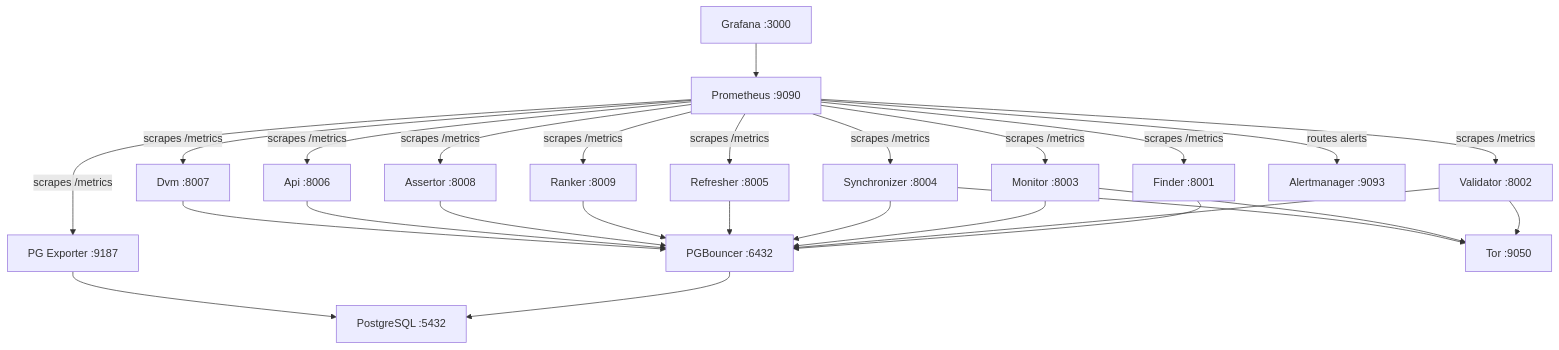
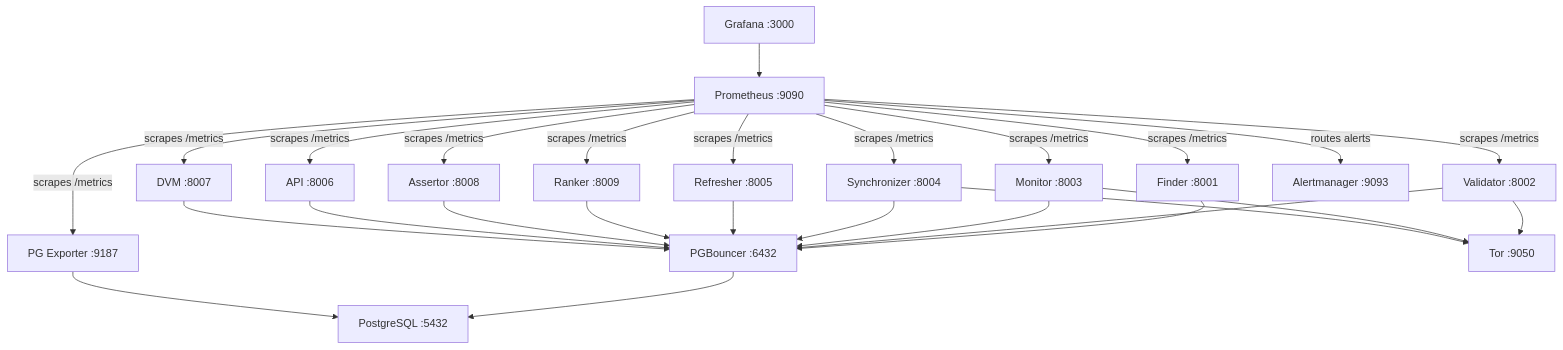
Before and after one commit to BigBrotr/bigbrotr: the diagram in docs/how-to/docker-deploy.md, drawn with Mermaid. The commit also changed other lines of this file and 10 other files, not shown here.

First line of the commit message:
fix: align API and DVM public naming

````diff
--- a/docs/how-to/docker-deploy.md
+++ b/docs/how-to/docker-deploy.md
@@ -92,29 +92,29 @@
 ```mermaid
 graph TD
     Grafana["Grafana :3000"] --> Prometheus["Prometheus :9090"]
     Prometheus -->|scrapes /metrics| Finder["Finder :8001"]
     Prometheus -->|scrapes /metrics| Validator["Validator :8002"]
     Prometheus -->|scrapes /metrics| Monitor["Monitor :8003"]
     Prometheus -->|scrapes /metrics| Synchronizer["Synchronizer :8004"]
     Prometheus -->|scrapes /metrics| Refresher["Refresher :8005"]
     Prometheus -->|scrapes /metrics| Ranker["Ranker :8009"]
-    Prometheus -->|scrapes /metrics| Api["Api :8006"]
-    Prometheus -->|scrapes /metrics| Dvm["Dvm :8007"]
+    Prometheus -->|scrapes /metrics| API["API :8006"]
+    Prometheus -->|scrapes /metrics| DVM["DVM :8007"]
     Prometheus -->|scrapes /metrics| Assertor["Assertor :8008"]
     Prometheus -->|scrapes /metrics| PGExporter["PG Exporter :9187"]
     Prometheus -->|routes alerts| Alertmanager["Alertmanager :9093"]
     Finder --> PGBouncer["PGBouncer :6432"]
     Validator --> PGBouncer
     Monitor --> PGBouncer
     Synchronizer --> PGBouncer
     Refresher --> PGBouncer
     Ranker --> PGBouncer
     Assertor --> PGBouncer
-    Api --> PGBouncer
-    Dvm --> PGBouncer
+    API --> PGBouncer
+    DVM --> PGBouncer
     PGBouncer --> PostgreSQL["PostgreSQL :5432"]
     PGExporter --> PostgreSQL
     Validator --> Tor["Tor :9050"]
     Monitor --> Tor
     Synchronizer --> Tor
 ```
````
